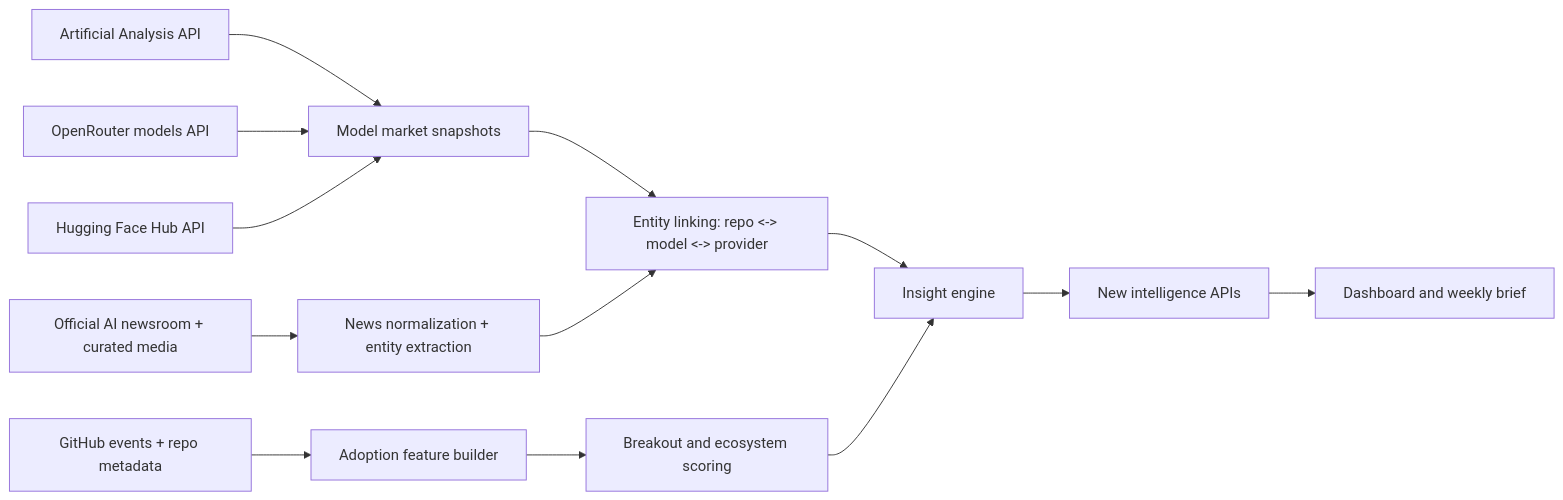
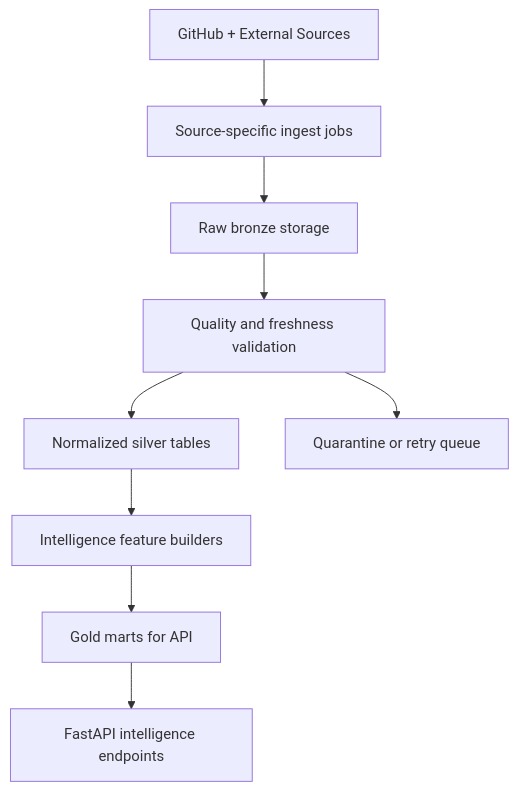
One commit to Himlamtech/Github-Analyzer changed the second of 2 diagrams in docs/ai_usecase_research.md. Above: the diagram before and after it, drawn with Mermaid. The commit also changed other lines of this file and 2 other files, not shown here.

First line of the commit message:
feat(docs): add Phase 1 implementation and technical design documents for Breakout Detector and Ecosystem Rotation

````diff
--- a/docs/ai_usecase_research.md
+++ b/docs/ai_usecase_research.md
@@ -474,18 +102,11 @@
 ```mermaid
-flowchart LR
-    GH[GitHub events + repo metadata] --> FEAT[Adoption feature builder]
-    AA[Artificial Analysis API] --> MKT[Model market snapshots]
-    OR[OpenRouter models API] --> MKT
-    HF[Hugging Face Hub API] --> MKT
-    NEWS[Official AI newsroom + curated media] --> NORM[News normalization + entity extraction]
-
-    FEAT --> SCORE[Breakout and ecosystem scoring]
-    MKT --> LINK[Entity linking: repo <-> model <-> provider]
-    NORM --> LINK
-
-    LINK --> INSIGHT[Insight engine]
-    SCORE --> INSIGHT
-
-    INSIGHT --> API[New intelligence APIs]
-    API --> DASH[Dashboard and weekly brief]
+flowchart TD
+    A[GitHub + External Sources] --> B[Source-specific ingest jobs]
+    B --> C[Raw bronze storage]
+    C --> D[Quality and freshness validation]
+    D --> E[Normalized silver tables]
+    E --> F[Intelligence feature builders]
+    F --> G[Gold marts for API]
+    G --> H[FastAPI intelligence endpoints]
+    D --> X[Quarantine or retry queue]
 ```
````
